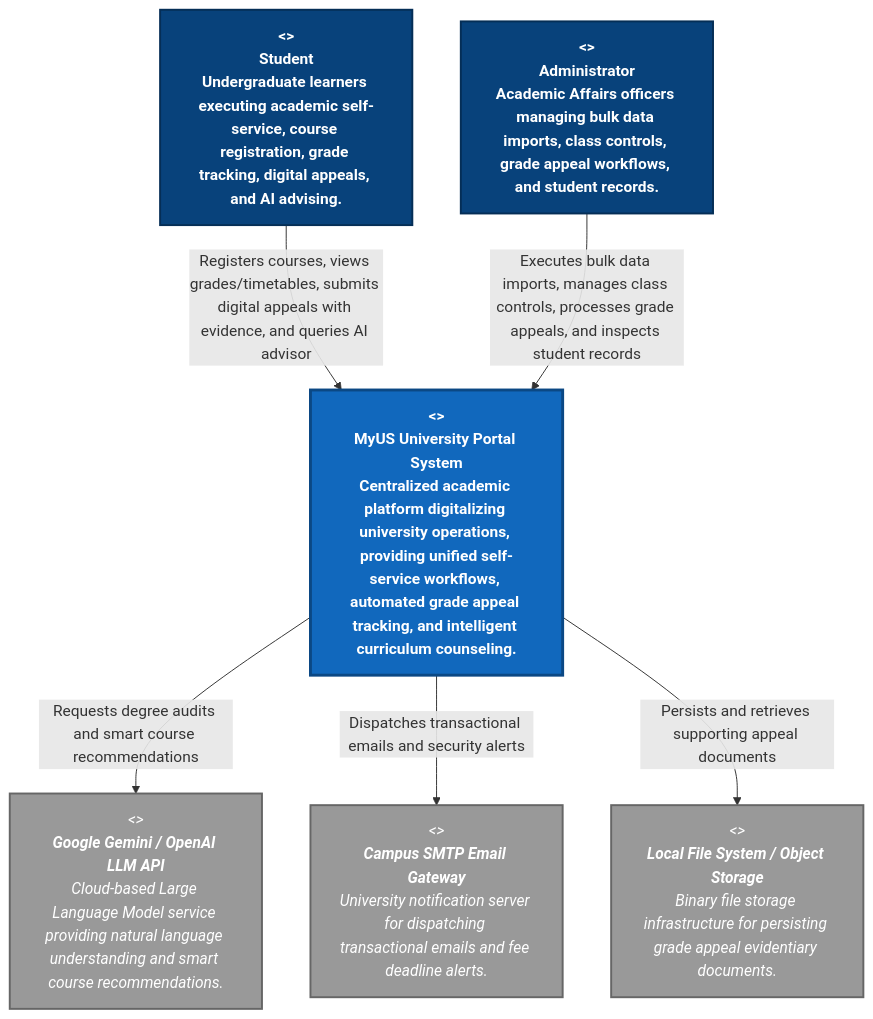
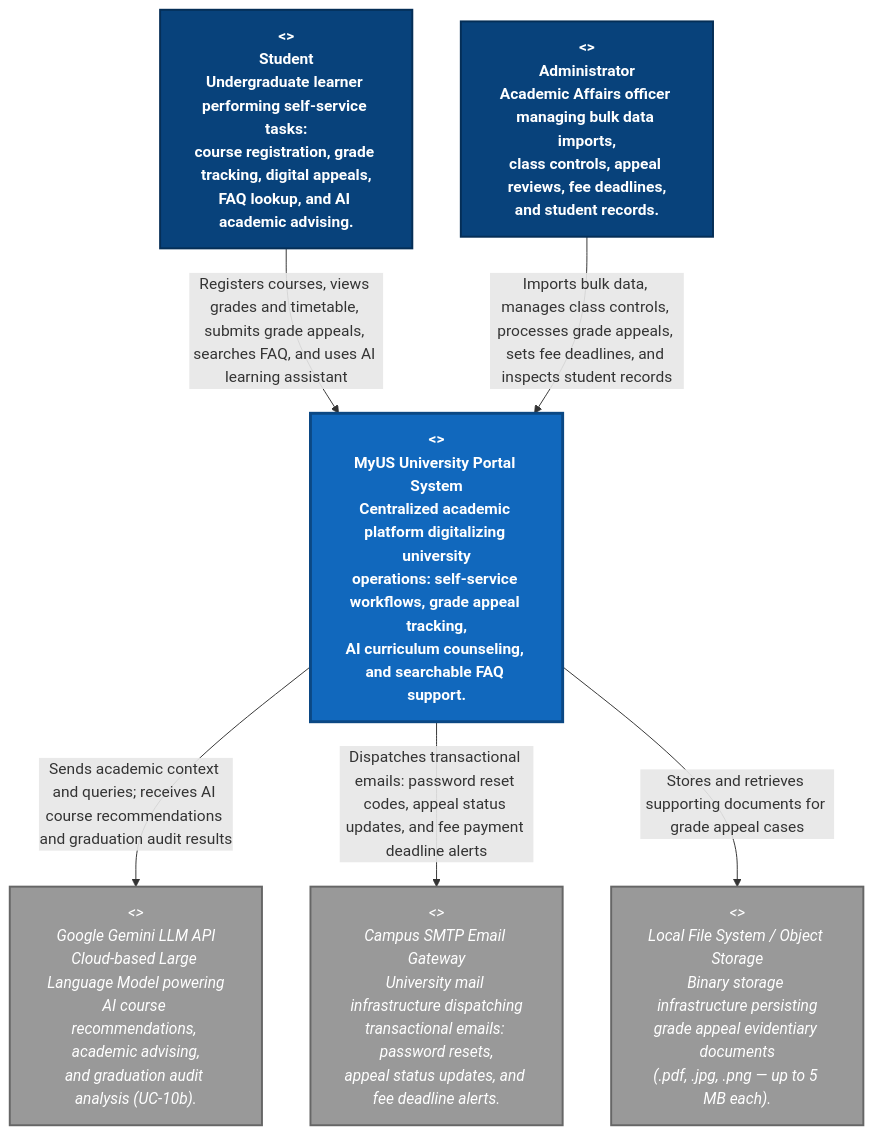
Before and after one commit to ltny24/Software-Engineering---Group-6: the diagram in docs/analysis-and-design/Section_B_System_Architecture.md, drawn with Mermaid. The commit also changed other lines of this file and 2 other files, not shown here.

Commit message:
docs: finalize PA4 C4 architecture diagrams (Sections B, C, D) and verify UC spec compliance

````diff
--- a/docs/analysis-and-design/Section_B_System_Architecture.md
+++ b/docs/analysis-and-design/Section_B_System_Architecture.md
@@ -457,34 +470,30 @@
 ```mermaid
 flowchart TB
-    %% C4 Model Styling Definitions
     classDef person fill:#08427b,stroke:#052e56,stroke-width:2px,color:#ffffff,font-weight:bold
     classDef system fill:#1168bd,stroke:#0b4884,stroke-width:3px,color:#ffffff,font-weight:bold
     classDef external fill:#999999,stroke:#666666,stroke-width:2px,color:#ffffff,font-style:italic
 
-    %% Primary Actors (People)
-    Student["<<Person>><br/><b>Student</b><br/>Undergraduate learners executing academic self-service, course registration, grade tracking, digital appeals, and AI advising."]:::person
+    %% People — human users only (C4 Person stereotype)
+    Student["<<Person>><br/>Student<br/>Undergraduate learner performing self-service tasks:<br/>course registration, grade tracking, digital appeals,<br/>FAQ lookup, and AI academic advising."]:::person
 
-    Admin["<<Person>><br/><b>Administrator</b><br/>Academic Affairs officers managing bulk data imports, class controls, grade appeal workflows, and student records."]:::person
+    Admin["<<Person>><br/>Administrator<br/>Academic Affairs officer managing bulk data imports,<br/>class controls, appeal reviews, fee deadlines,<br/>and student records."]:::person
 
     %% Target Software System
-    MyUS["<<Software System>><br/><b>MyUS University Portal System</b><br/>Centralized academic platform digitalizing university operations, providing unified self-service workflows, automated grade appeal tracking, and intelligent curriculum counseling."]:::system
+    MyUS["<<Software System>><br/>MyUS University Portal System<br/>Centralized academic platform digitalizing university<br/>operations: self-service workflows, grade appeal tracking,<br/>AI curriculum counseling, and searchable FAQ support."]:::system
 
     %% External Software Systems
-    GeminiAI["<<External System>><br/><b>Google Gemini / OpenAI LLM API</b><br/>Cloud-based Large Language Model service providing natural language understanding and smart course recommendations."]:::external
+    GeminiAI["<<External System>><br/>Google Gemini LLM API<br/>Cloud-based Large Language Model powering<br/>AI course recommendations, academic advising,<br/>and graduation audit analysis (UC-10b)."]:::external
 
-    EmailGateway["<<External System>><br/><b>Campus SMTP Email Gateway</b><br/>University notification server for dispatching transactional emails and fee deadline alerts."]:::external
+    EmailGateway["<<External System>><br/>Campus SMTP Email Gateway<br/>University mail infrastructure dispatching<br/>transactional emails: password resets,<br/>appeal status updates, and fee deadline alerts."]:::external
 
-    FileStorage["<<External System>><br/><b>Local File System / Object Storage</b><br/>Binary file storage infrastructure for persisting grade appeal evidentiary documents."]:::external
+    FileStorage["<<External System>><br/>Local File System / Object Storage<br/>Binary storage infrastructure persisting<br/>grade appeal evidentiary documents<br/>(.pdf, .jpg, .png — up to 5 MB each)."]:::external
 
-    %% Human-to-System Interactions
-    Student -->|"Registers courses, views grades/timetables, submits digital appeals with evidence, and queries AI advisor"| MyUS
+    %% Relationships — users interact with the system
+    Student -->|"Registers courses, views grades and timetable, submits grade appeals, searches FAQ, and uses AI learning assistant"| MyUS
+    Admin -->|"Imports bulk data, manages class controls, processes grade appeals, sets fee deadlines, and inspects student records"| MyUS
 
-    Admin -->|"Executes bulk data imports, manages class controls, processes grade appeals, and inspects student records"| MyUS
-
-    %% System-to-External System Interactions
-    MyUS -->|"Requests degree audits and smart course recommendations"| GeminiAI
-
-    MyUS -->|"Dispatches transactional emails and security alerts"| EmailGateway
-
-    MyUS -->|"Persists and retrieves supporting appeal documents"| FileStorage
+    %% Relationships — system uses external services
+    MyUS -->|"Sends academic context and queries; receives AI course recommendations and graduation audit results"| GeminiAI
+    MyUS -->|"Dispatches transactional emails: password reset codes, appeal status updates, and fee payment deadline alerts"| EmailGateway
+    MyUS -->|"Stores and retrieves supporting documents for grade appeal cases"| FileStorage
 ```
````
